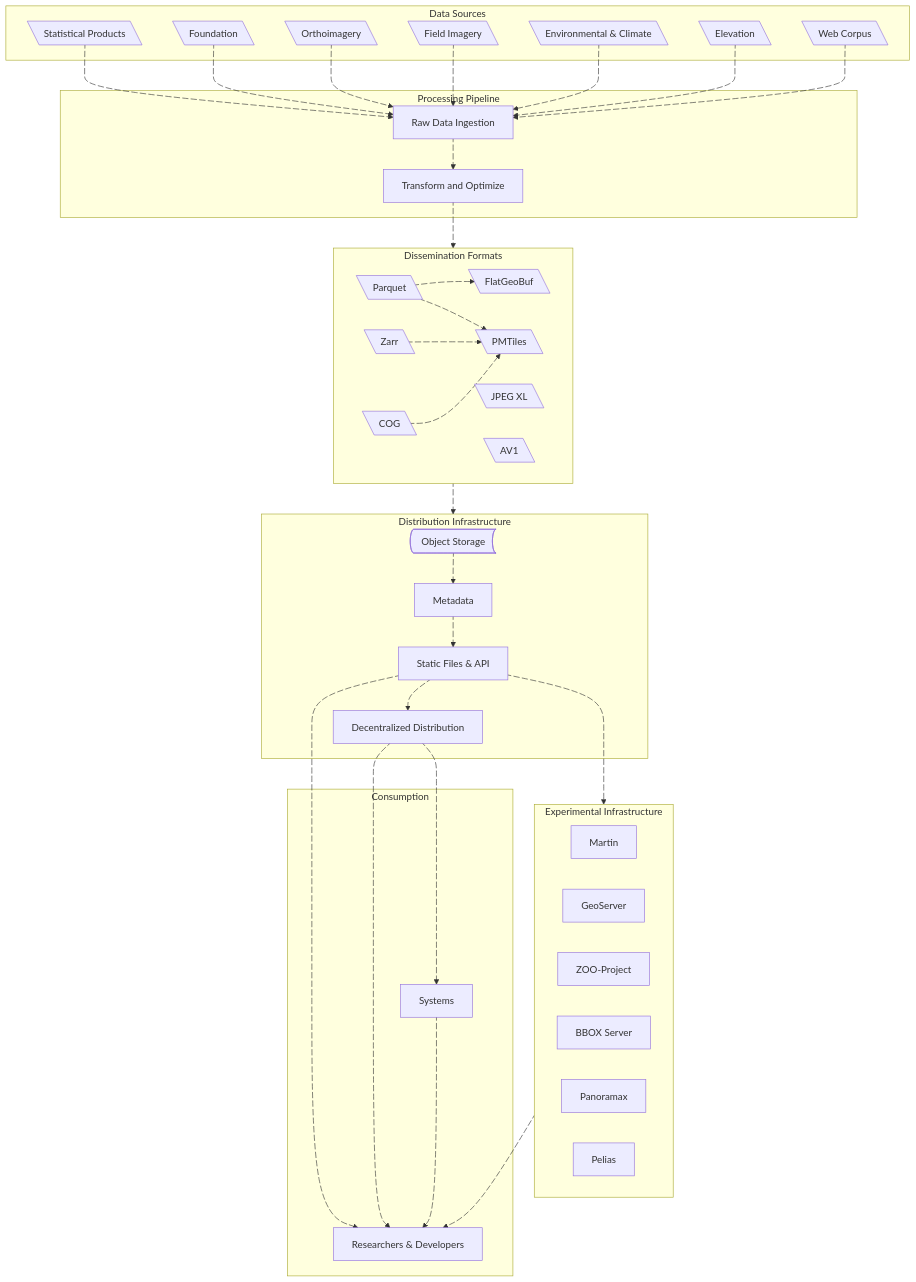
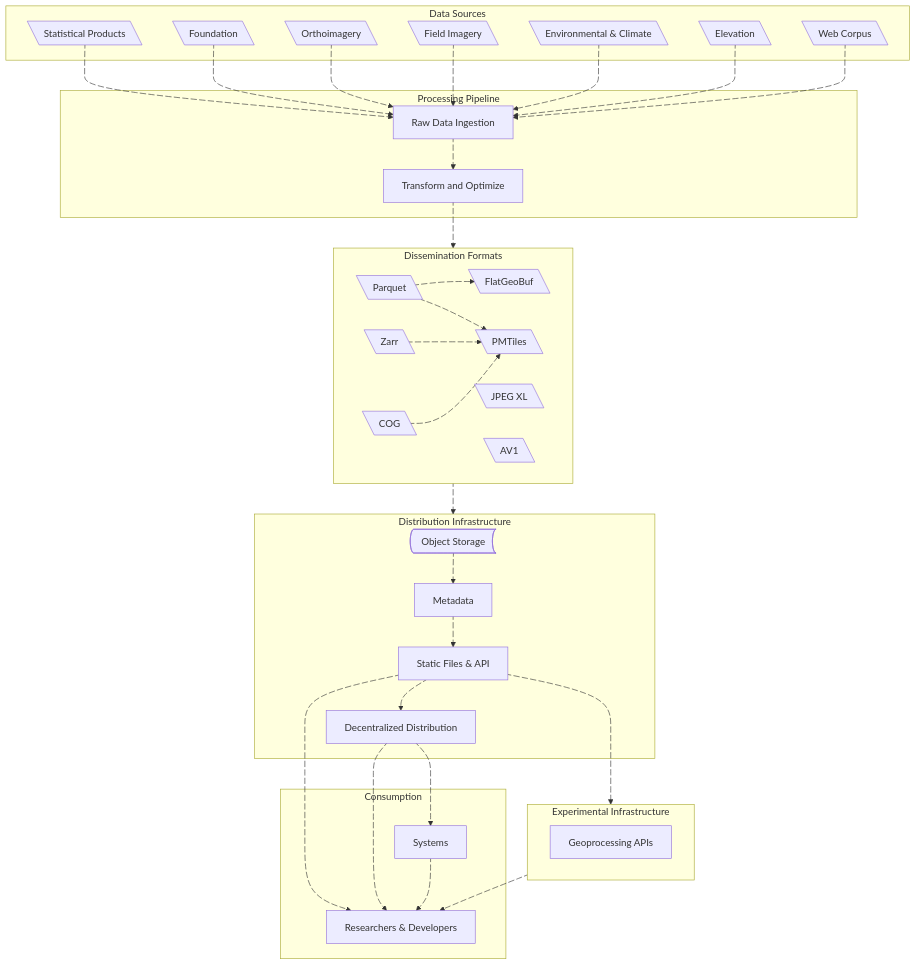
Before and after one commit to dataforcanada/www.dataforcanada.org: the diagram in content/_index.md, drawn with Mermaid.

Commit message:
Simplify homepage high level overview diagram based on feedback. Will provide link to page where the experimental software is defined

```diff
--- a/content/_index.md
+++ b/content/_index.md
@@ -55,12 +55,13 @@
     end
 
     subgraph ei [Experimental Infrastructure]
-        Martin@{ shape: rect}
-        GeoServer@{ shape: rect}
-        ZOOProject@{ shape: rect, label: "ZOO-Project"}
-        BBOXServer@{ shape: rect, label: "BBOX Server"}
-        Panoramax@{ shape: rect}
-        Pelias@{ shape: rect}
+        GeoProcessingAPIs@{ shape: rect, label: "Geoprocessing APIs"}
+        %%Martin@{ shape: rect}
+        %%GeoServer@{ shape: rect}
+        %%ZOOProject@{ shape: rect, label: "ZOO-Project"}
+        %%BBOXServer@{ shape: rect, label: "BBOX Server"}
+        %%Panoramax@{ shape: rect}
+        %%Pelias@{ shape: rect}
     end
 
     subgraph "Consumption"
```
